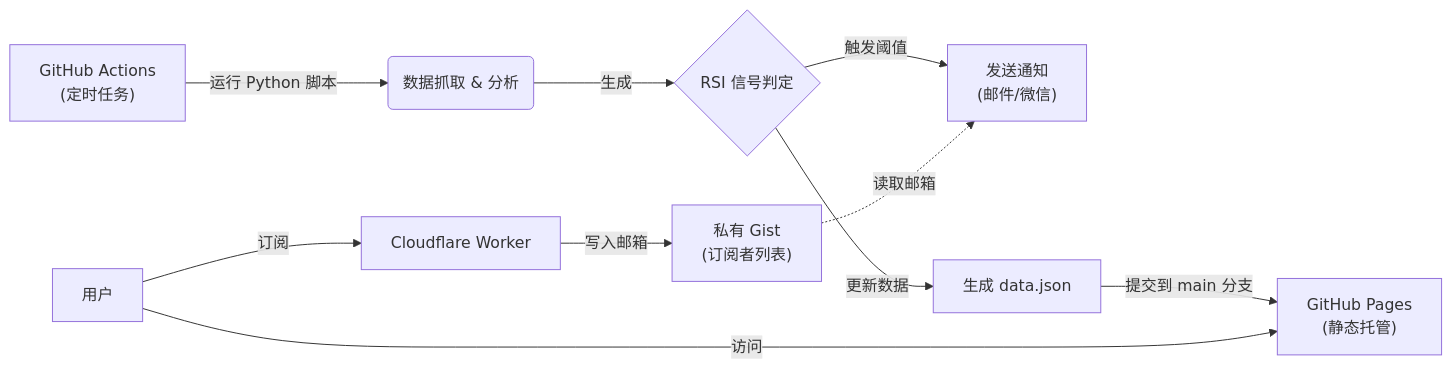
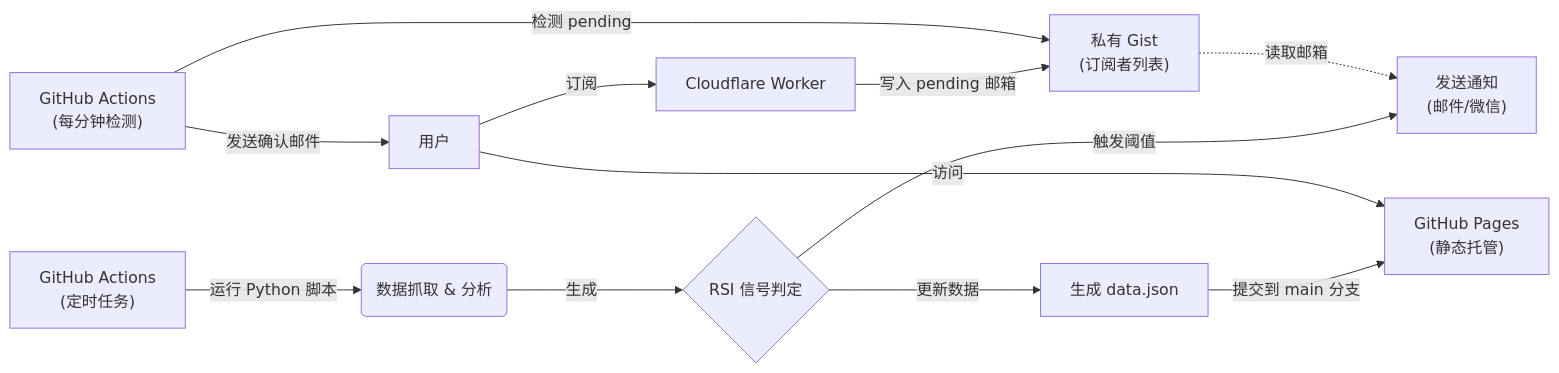
The diagram in README.md (hkj991123/JTrading), drawn with Mermaid before and after one commit. The commit also changed other lines of this file, not shown here.

````diff
--- a/README.md
+++ b/README.md
@@ -40,12 +42,14 @@
 ```mermaid
 graph LR
     A["GitHub Actions<br/>(定时任务)"] -->|运行 Python 脚本| B("数据抓取 & 分析")
     B -->|生成| C{"RSI 信号判定"}
     C -->|触发阈值| D["发送通知<br/>(邮件/微信)"]
     C -->|更新数据| E["生成 data.json"]
     E -->|提交到 main 分支| F["GitHub Pages<br/>(静态托管)"]
     G[用户] -->|访问| F
     G -->|订阅| H["Cloudflare Worker"]
-    H -->|写入邮箱| I["私有 Gist<br/>(订阅者列表)"]
+    H -->|写入 pending 邮箱| I["私有 Gist<br/>(订阅者列表)"]
     I -.->|读取邮箱| D
+    J["GitHub Actions<br/>(每分钟检测)"] -->|检测 pending| I
+    J -->|发送确认邮件| G
 ```
````
